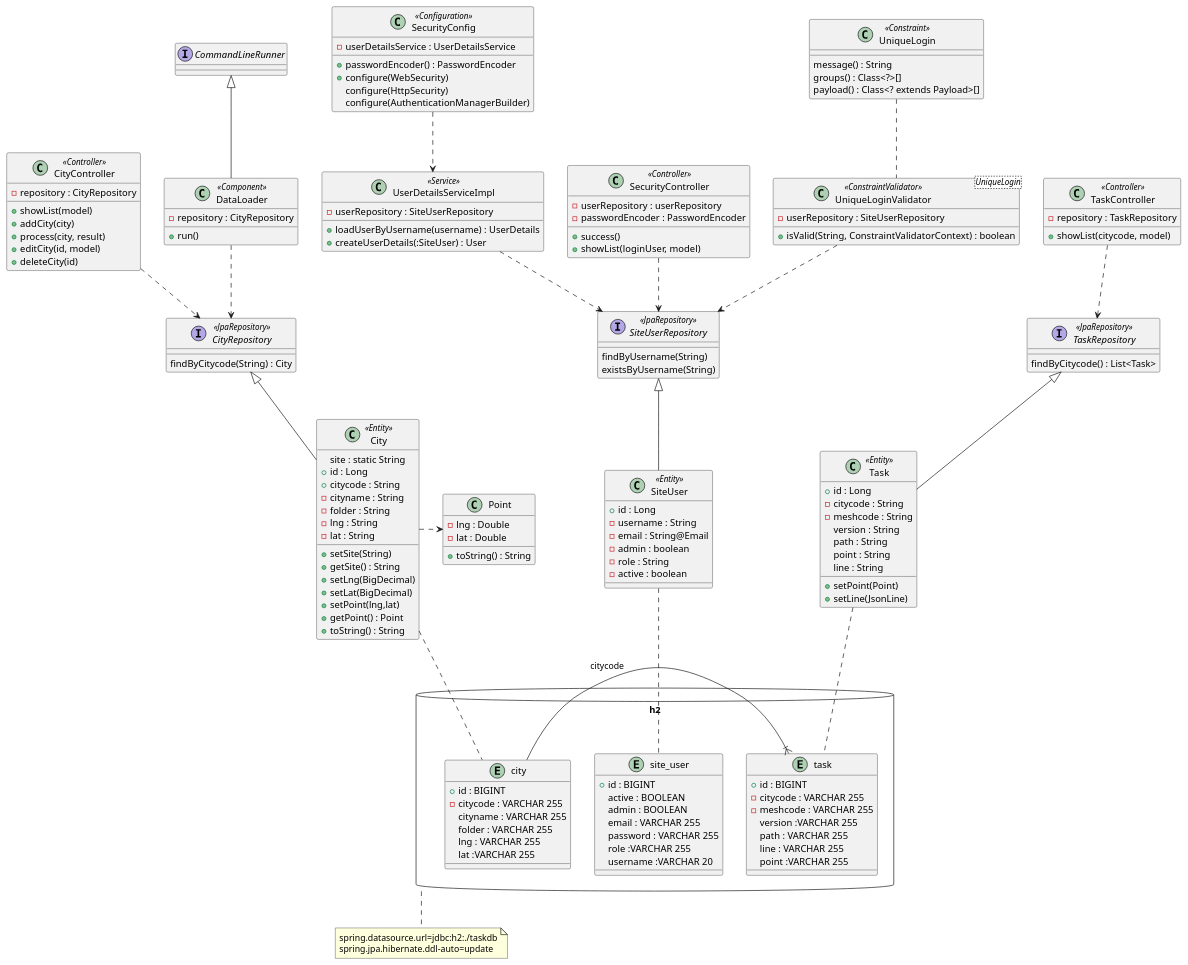
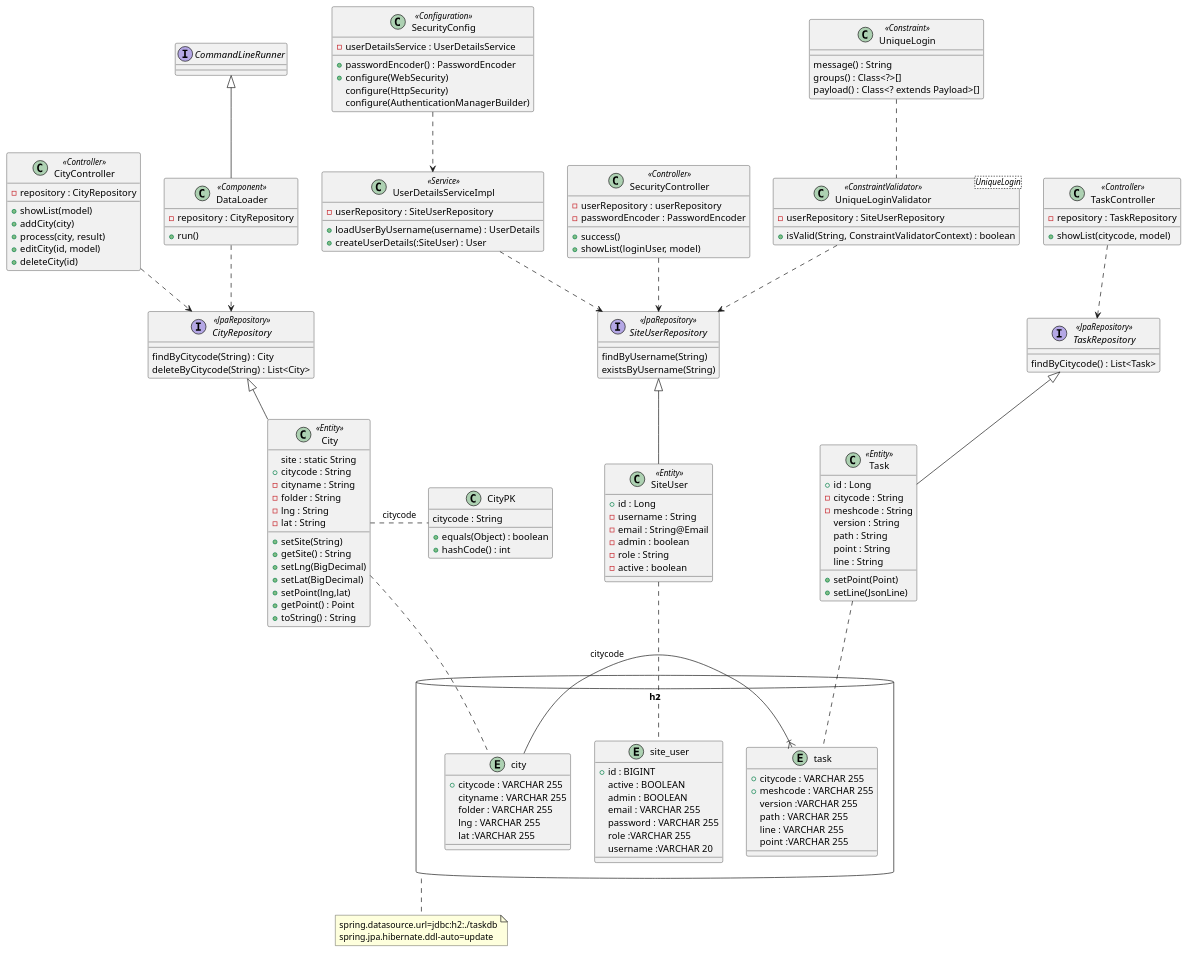
One commit to yuuhayashi/task-bldg changed the diagram in class.pu. Above: the diagram before and after it, drawn with PlantUML. The commit also changed 13 other files, not shown here.

Commit message:
primary key を「city = citycode」と「task = citycode + meshcode」に変更

```diff
--- a/class.pu
+++ b/class.pu
@@ -1,163 +1,161 @@
 @startuml
 
 database "h2" as db {
 	entity city {
-		+ id : BIGINT
-		- citycode : VARCHAR 255
+		+ citycode : VARCHAR 255
 		cityname : VARCHAR 255
 		folder : VARCHAR 255
 		lng : VARCHAR 255
 		lat :VARCHAR 255
 	}
 
 	entity site_user {
 		+ id : BIGINT
 		active : BOOLEAN
 		admin : BOOLEAN
 		email : VARCHAR 255
 		password : VARCHAR 255
 		role :VARCHAR 255
 		username :VARCHAR 20
 	}
 
 	entity task {
-		+ id : BIGINT
-		- citycode : VARCHAR 255
-		- meshcode : VARCHAR 255
+		+ citycode : VARCHAR 255
+		+ meshcode : VARCHAR 255
 		version :VARCHAR 255
 		path : VARCHAR 255
 		line : VARCHAR 255
 		point :VARCHAR 255
 	}
 	task }|- city : citycode
 }
 note bottom of db : spring.datasource.url=jdbc:h2:./taskdb\nspring.jpa.hibernate.ddl-auto=update
 
 class SecurityConfig <<Configuration>> {
 	- userDetailsService : UserDetailsService
 	+ passwordEncoder() : PasswordEncoder
 	+ configure(WebSecurity)
 	configure(HttpSecurity)
 	configure(AuthenticationManagerBuilder)
 }
 
 class UserDetailsServiceImpl <<Service>> {
   - userRepository : SiteUserRepository
   + loadUserByUsername(username) : UserDetails
   + createUserDetails(:SiteUser) : User
 }
 
 class SecurityController <<Controller>> {
   - userRepository : userRepository
   - passwordEncoder : PasswordEncoder
   + success()
   + showList(loginUser, model)
 }
 
 class SiteUser <<Entity>> {
   + id : Long
   - username : String
   - email : String@Email
   - admin : boolean
   - role : String
   - active : boolean
 }
 SiteUser .. site_user
 
 class UniqueLoginValidator<UniqueLogin> <<ConstraintValidator>> {
   - userRepository : SiteUserRepository
   + isValid(String, ConstraintValidatorContext) : boolean
 }
 
 class UniqueLogin <<Constraint>> {
   message() : String
   groups() : Class<?>[]
   payload() : Class<? extends Payload>[]
 }
 
 interface SiteUserRepository <<JpaRepository>> {
 	findByUsername(String)
 	existsByUsername(String)
 }
 SecurityConfig ..> UserDetailsServiceImpl
 UserDetailsServiceImpl ..> SiteUserRepository
 SecurityController ..> SiteUserRepository
 UniqueLoginValidator ..> SiteUserRepository
 UniqueLogin .. UniqueLoginValidator
 SiteUserRepository <|-- SiteUser
 
 class City <<Entity>> {
 	site : static String
-  + id : Long
   + citycode : String
   - cityname : String
   - folder : String
   - lng : String
   - lat : String
   + setSite(String)
   + getSite() : String
   + setLng(BigDecimal)
   + setLat(BigDecimal)
   + setPoint(lng,lat)
   + getPoint() : Point
   + toString() : String
 }
 City .. city
+City . CityPK : citycode
 
-class Point {
-  - lng : Double
-  - lat : Double
-  + toString() : String
+class CityPK {
+	citycode : String
+	+ equals(Object) : boolean
+	+ hashCode() : int
 }
-City .> Point
 
 interface CityRepository <<JpaRepository>> {
 	findByCitycode(String) : City
+	deleteByCitycode(String) : List<City>
 }
 CityRepository <|-- City
 
 class CityController <<Controller>> {
   - repository : CityRepository
   + showList(model)
   + addCity(city)
   + process(city, result)
   + editCity(id, model)
   + deleteCity(id)
 }
 CityController ..> CityRepository
 
 class TaskController <<Controller>> {
   - repository : TaskRepository
   + showList(citycode, model)
 }
 TaskController ..> TaskRepository
 
 interface TaskRepository <<JpaRepository>> {
 	findByCitycode() : List<Task>
 }
 TaskRepository <|-- Task
 
 class Task <<Entity>> {
   + id : Long
   - citycode : String
   - meshcode : String
   version : String
   path : String
   point : String
   line : String
   + setPoint(Point)
   + setLine(JsonLine)
 }
 Task .. task
 
 interface CommandLineRunner
 
 class DataLoader <<Component>> {
   - repository : CityRepository
   + run()
 }
 DataLoader ..> CityRepository
 
 CommandLineRunner <|-- DataLoader
 
 @enduml
```
